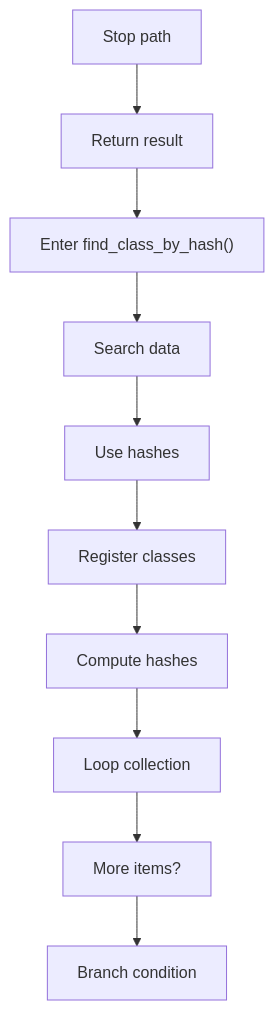
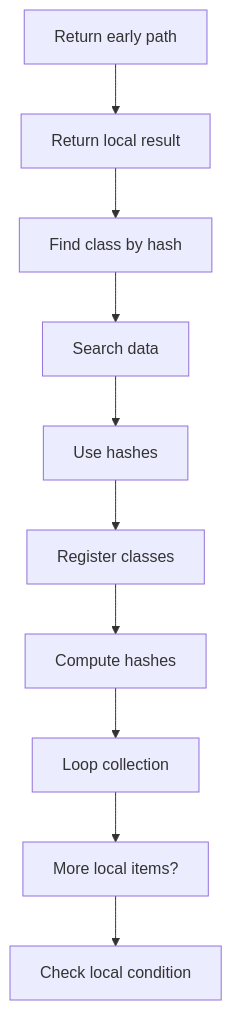
One commit to JohnAndrewBalbarosa/NeoTerritory changed the third of 8 diagrams in docs/Codebase/Microservice/Modules/Source/Analysis/ImplementationUse/Resolution/Symbols/Query/Flow/symbols_queries_program_flow.cpp.md. Above: the diagram before and after it, drawn with Mermaid. The commit also changed other lines of this file and 915 other files, not shown here.

````diff
--- a/docs/Codebase/Microservice/Modules/Source/Analysis/ImplementationUse/Resolution/Symbols/Query/Flow/symbols_queries_program_flow.cpp.md
+++ b/docs/Codebase/Microservice/Modules/Source/Analysis/ImplementationUse/Resolution/Symbols/Query/Flow/symbols_queries_program_flow.cpp.md
@@ -67,22 +67,22 @@
 ```mermaid
 flowchart TD
-    N0["Stop path"]
-    N1["Return result"]
-    N2["Enter find_class_by_hash()"]
+    N0["Return early path"]
+    N1["Return local result"]
+    N2["Find class by hash"]
     N3["Search data"]
     N4["Use hashes"]
     N5["Register classes"]
     N6["Compute hashes"]
     N7["Loop collection"]
-    N8["More items?"]
-    N9["Branch condition"]
+    N8["More local items?"]
+    N9["Check local condition"]
     N0 --> N1
     N1 --> N2
     N2 --> N3
     N3 --> N4
     N4 --> N5
     N5 --> N6
     N6 --> N7
     N7 --> N8
     N8 --> N9
 ```
````
